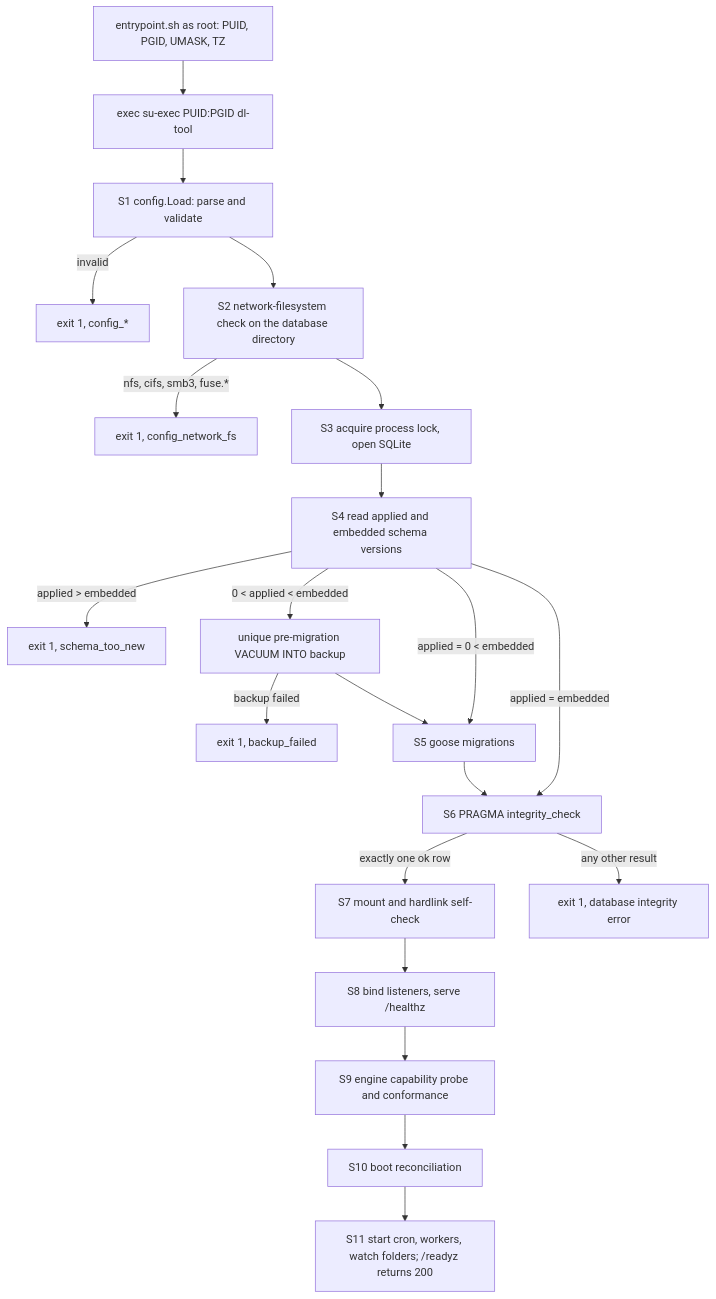
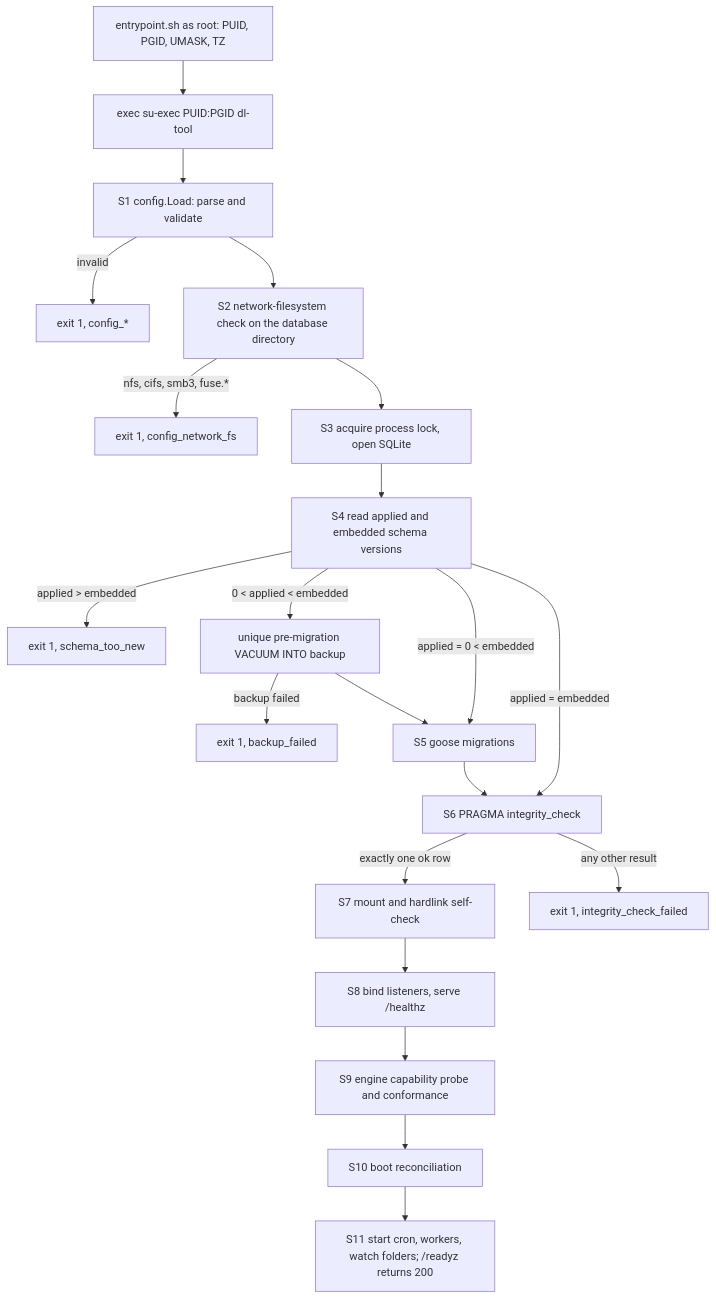
The diagram in docs/17-operations-and-runbook.md (L-K-M/dl-tool), drawn with Mermaid before and after one commit. The commit also changed other lines of this file and 3 other files, not shown here.

````diff
--- a/docs/17-operations-and-runbook.md
+++ b/docs/17-operations-and-runbook.md
@@ -37,23 +37,23 @@
 ```mermaid
 flowchart TD
   A["entrypoint.sh as root: PUID, PGID, UMASK, TZ"] --> B["exec su-exec PUID:PGID dl-tool"]
   B --> C["S1 config.Load: parse and validate"]
   C -->|invalid| X1["exit 1, config_*"]
   C --> D["S2 network-filesystem check on the database directory"]
   D -->|"nfs, cifs, smb3, fuse.*"| X2["exit 1, config_network_fs"]
   D --> E["S3 acquire process lock, open SQLite"]
   E --> F["S4 read applied and embedded schema versions"]
   F -->|"applied > embedded"| X4["exit 1, schema_too_new"]
   F -->|"0 < applied < embedded"| P["unique pre-migration VACUUM INTO backup"]
   P -->|backup failed| X3["exit 1, backup_failed"]
   P --> G["S5 goose migrations"]
   F -->|"applied = 0 < embedded"| G
   F -->|"applied = embedded"| H["S6 PRAGMA integrity_check"]
   G --> H["S6 PRAGMA integrity_check"]
   H -->|"exactly one ok row"| I["S7 mount and hardlink self-check"]
-  H -->|"any other result"| X5["exit 1, database integrity error"]
+  H -->|"any other result"| X5["exit 1, integrity_check_failed"]
   I --> J["S8 bind listeners, serve /healthz"]
   J --> K["S9 engine capability probe and conformance"]
   K --> L["S10 boot reconciliation"]
   L --> M["S11 start cron, workers, watch folders; /readyz returns 200"]
 ```
````
